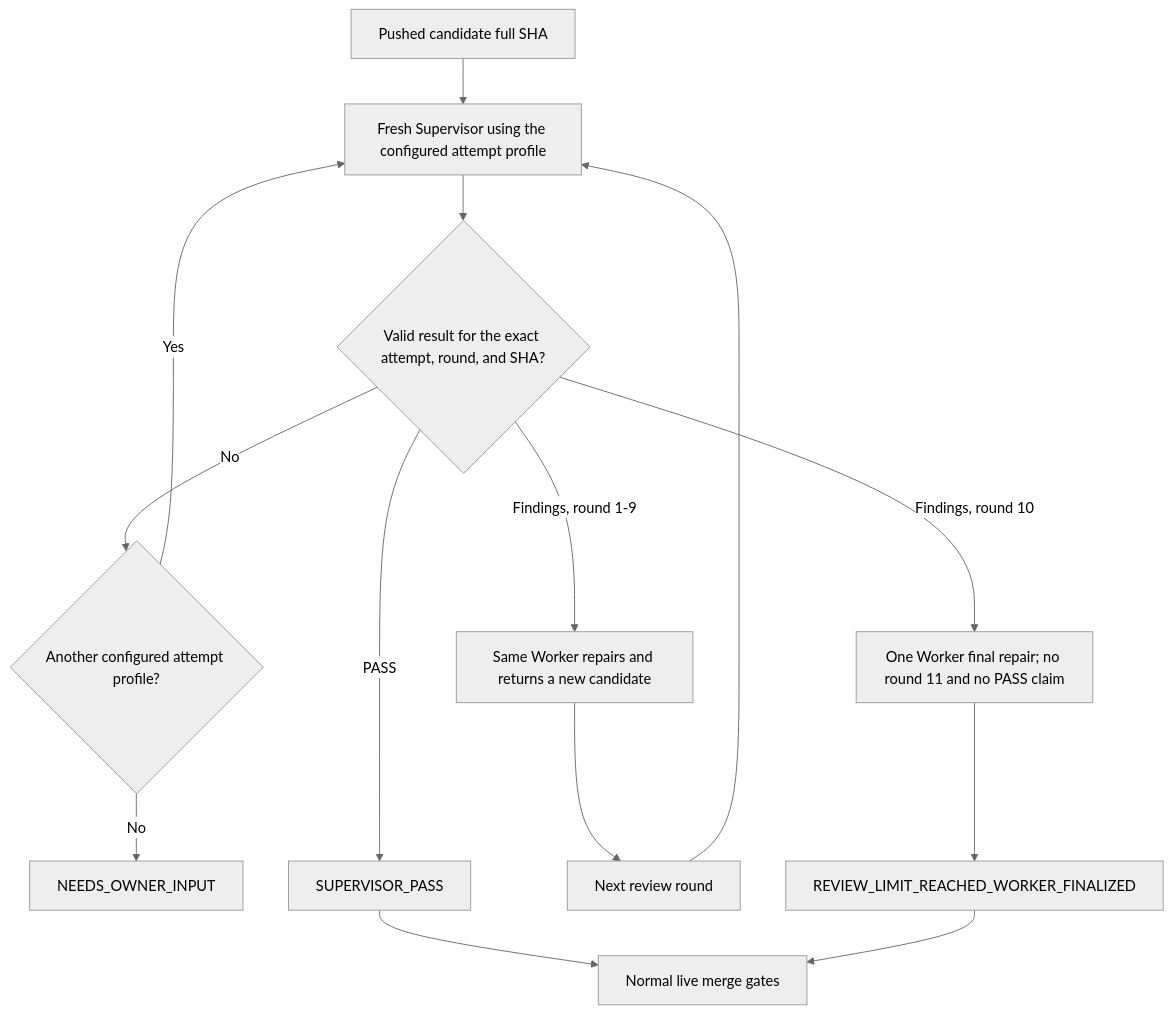
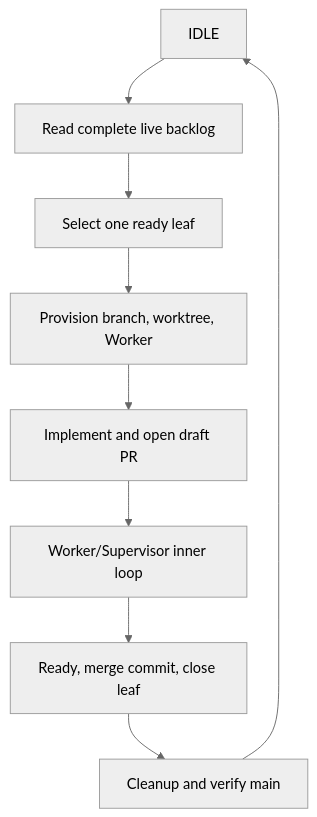
One commit to ythdelmar68/roundlet changed the second of 2 diagrams in README.md. Above: the diagram before and after it, drawn with Mermaid (neutral theme). The commit also changed other lines of this file and 5 other files, not shown here.

````diff
--- a/README.md
+++ b/README.md
@@ -61,16 +35,11 @@
 ```mermaid
 flowchart TD
-    Candidate["Pushed candidate full SHA"] --> Attempt["Fresh Supervisor using the configured attempt profile"]
-    Attempt --> Valid{"Valid result for the exact attempt, round, and SHA?"}
-    Valid -- No --> Retry{"Another configured attempt profile?"}
-    Retry -- Yes --> Attempt
-    Retry -- No --> Owner["NEEDS_OWNER_INPUT"]
-    Valid -- PASS --> Terminal["SUPERVISOR_PASS"]
-    Valid -- Findings, round 1-9 --> Repair["Same Worker repairs and returns a new candidate"]
-    Repair --> Next["Next review round"]
-    Next --> Attempt
-    Valid -- Findings, round 10 --> Final["One Worker final repair; no round 11 and no PASS claim"]
-    Final --> Limit["REVIEW_LIMIT_REACHED_WORKER_FINALIZED"]
-    Terminal --> Gates["Normal live merge gates"]
-    Limit --> Gates
+    A["IDLE"] --> B["Read complete live backlog"]
+    B --> C["Select one ready leaf"]
+    C --> D["Provision branch, worktree, Worker"]
+    D --> E["Implement and open draft PR"]
+    E --> F["Worker/Supervisor inner loop"]
+    F --> G["Ready, merge commit, close leaf"]
+    G --> H["Cleanup and verify main"]
+    H --> A
 ```
````
